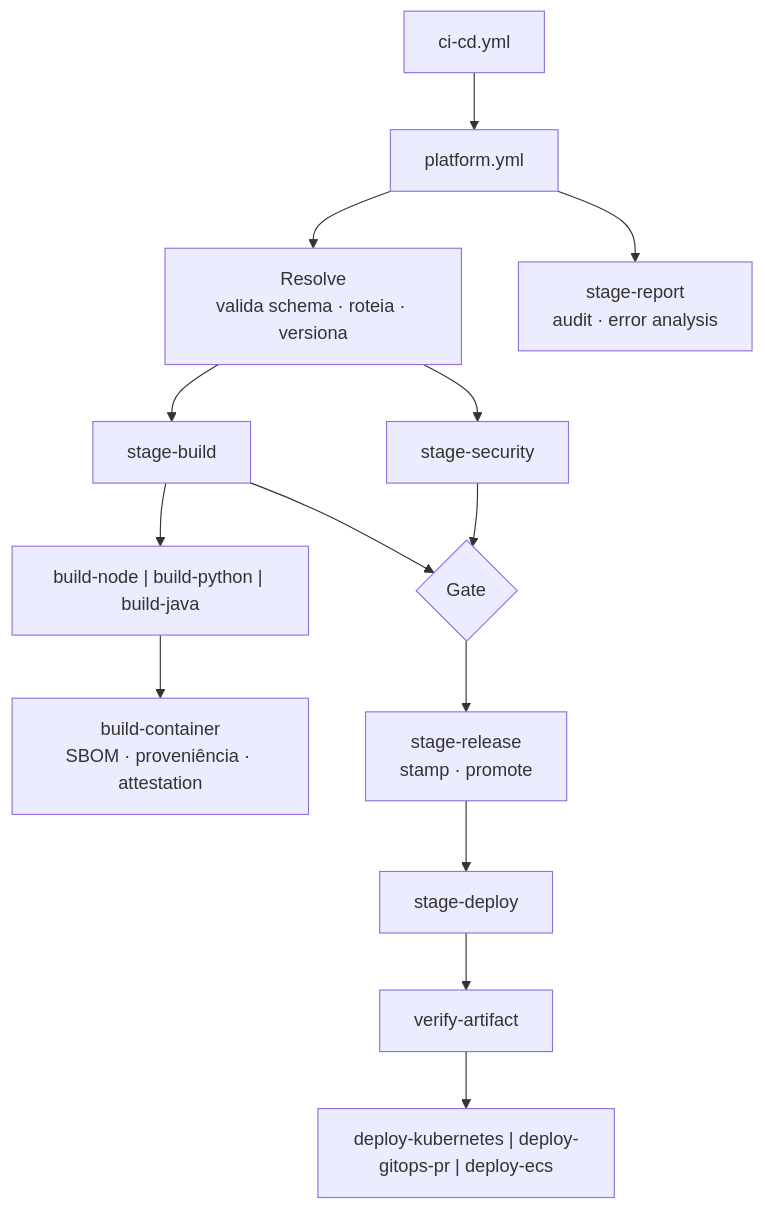
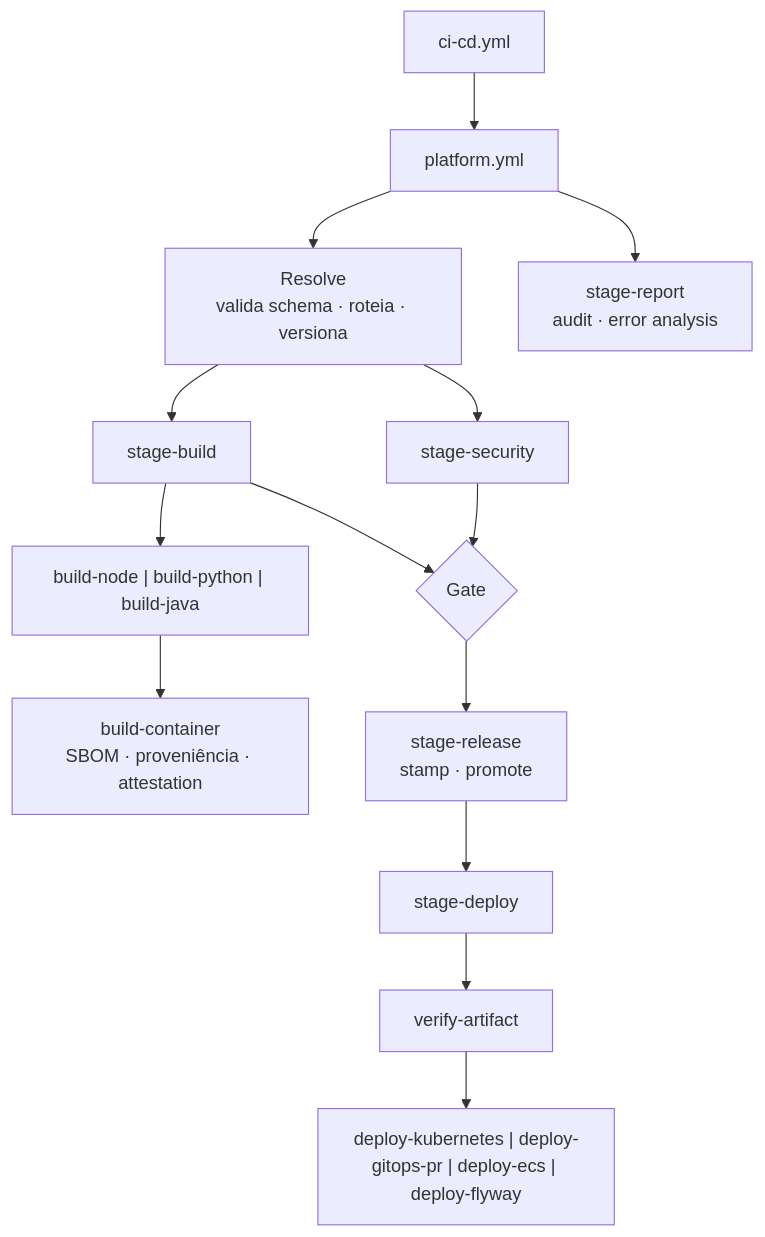
One commit to diogorochaaraujo/gitflow-devsecops-pipeline changed the first of 2 diagrams in docs/01-arquitetura.md. Above: the diagram before and after it, drawn with Mermaid. The commit also changed other lines of this file and 6 other files, not shown here.

````diff
--- a/docs/01-arquitetura.md
+++ b/docs/01-arquitetura.md
@@ -18,12 +18,12 @@
 ```mermaid
 flowchart TB
   CI["ci-cd.yml"] --> P["platform.yml"]
   P --> R["Resolve<br/>valida schema · roteia · versiona"]
   R --> SEC["stage-security"] & B["stage-build"]
   B --> MB["build-node | build-python | build-java"] --> MC["build-container<br/>SBOM · proveniência · attestation"]
   SEC & B --> G{"Gate"}
   G --> REL["stage-release<br/>stamp · promote"]
   REL --> D["stage-deploy"]
-  D --> V["verify-artifact"] --> MD["deploy-kubernetes | deploy-gitops-pr | deploy-ecs"]
+  D --> V["verify-artifact"] --> MD["deploy-kubernetes | deploy-gitops-pr | deploy-ecs | deploy-flyway"]
   P --> REP["stage-report<br/>audit · error analysis"]
 ```
````
